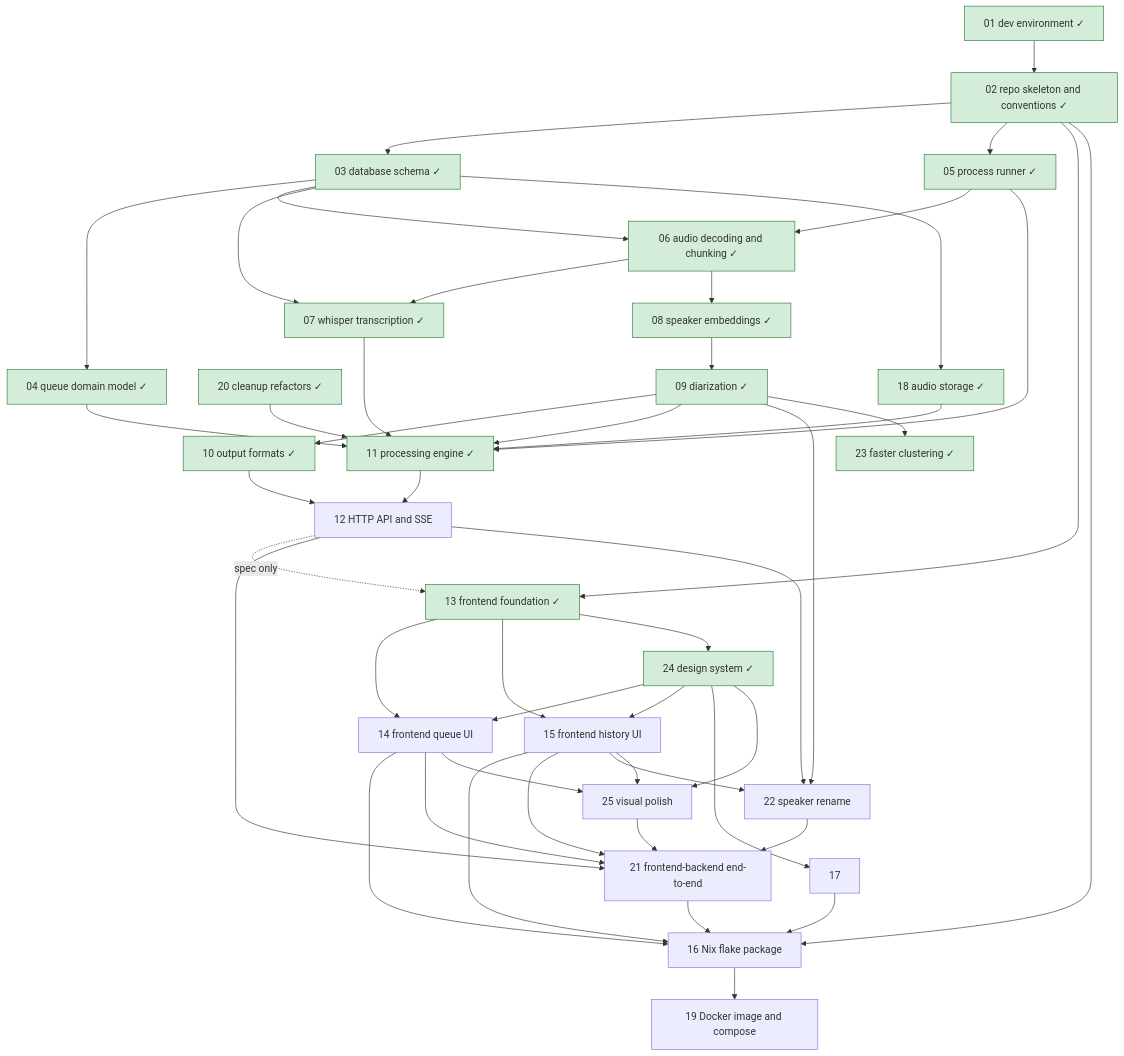
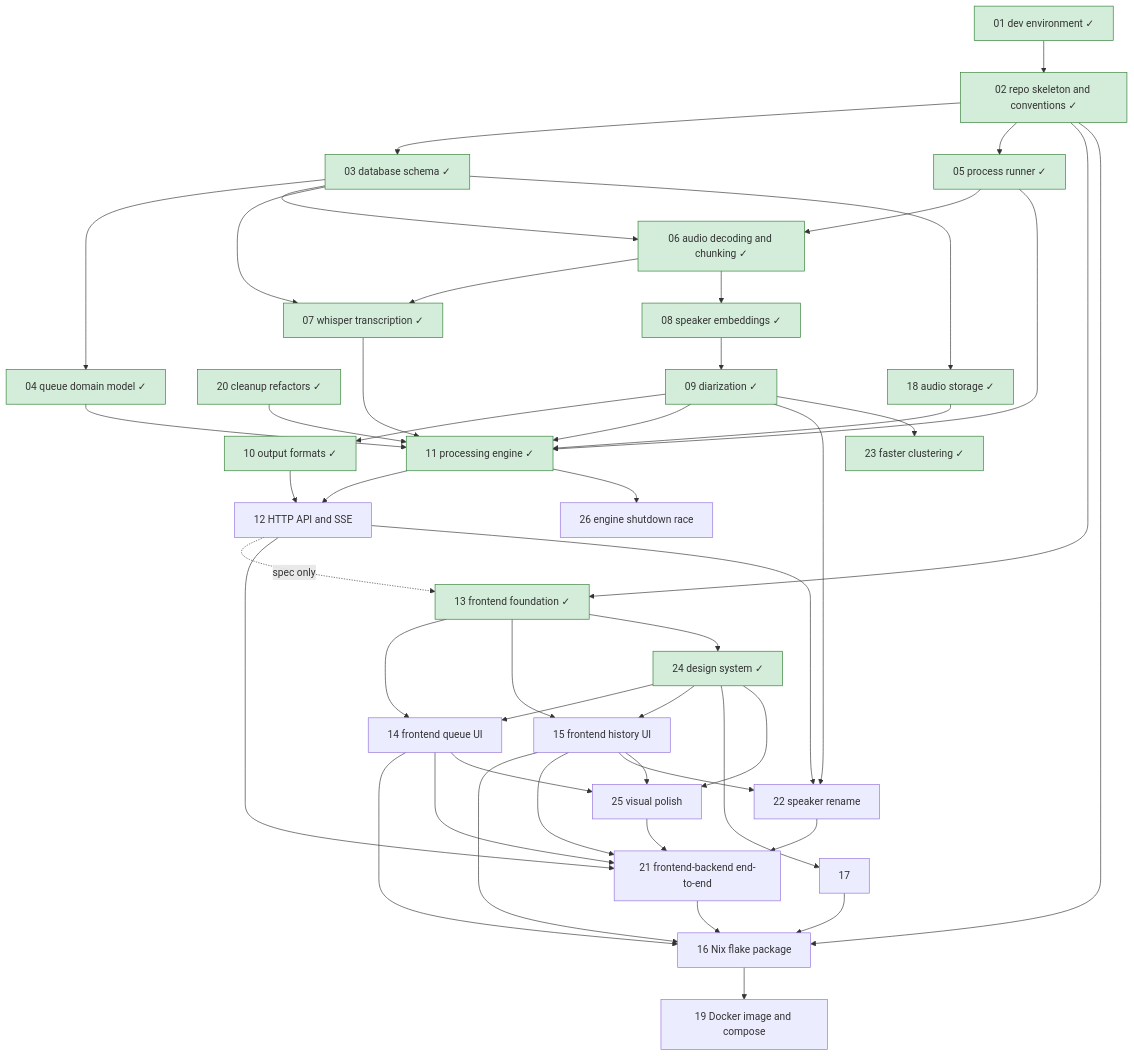
The diagram in roadmap/README.md (lulu-berlin/speech-to-text-app), drawn with Mermaid before and after one commit. The commit also changed other lines of this file and 1 other file, not shown here.

Commit message:
Draft roadmap item 26: engine start/stop race

````diff
--- a/roadmap/README.md
+++ b/roadmap/README.md
@@ -17,51 +17,52 @@
 ```mermaid
 graph TD
   01[01 dev environment ✓]:::done --> 02[02 repo skeleton and conventions ✓]:::done
   02 --> 03[03 database schema ✓]:::done
   03 --> 04[04 queue domain model ✓]:::done
   02 --> 05[05 process runner ✓]:::done
   05 --> 06[06 audio decoding and chunking ✓]:::done
   03 --> 06
   06 --> 07[07 whisper transcription ✓]:::done
   03 --> 07
   06 --> 08[08 speaker embeddings ✓]:::done
   08 --> 09[09 diarization ✓]:::done
   09 --> 10[10 output formats ✓]:::done
   04 --> 11[11 processing engine ✓]:::done
   05 --> 11
   07 --> 11
   09 --> 11
   03 --> 18[18 audio storage ✓]:::done
   18 --> 11
   20 --> 11
   11 --> 12[12 HTTP API and SSE]
   10 --> 12
   02 --> 13[13 frontend foundation ✓]:::done
   12 -. spec only .-> 13
   13 --> 14[14 frontend queue UI]
   13 --> 15[15 frontend history UI]
   02 --> 16[16 Nix flake package]
   14 --> 16
   15 --> 16
   17 --> 16
   20[20 cleanup refactors ✓]:::done
   12 --> 21[21 frontend-backend end-to-end]
   14 --> 21
   15 --> 21
   22 --> 21
   25 --> 21
   16 --> 19[19 Docker image and compose]
   21 --> 16
   09 --> 22[22 speaker rename]
   12 --> 22
   15 --> 22
   09 --> 23[23 faster clustering ✓]:::done
   13 --> 24[24 design system ✓]:::done
   24 --> 14
   24 --> 15
   24 --> 17
   24 --> 25[25 visual polish]
   14 --> 25
   15 --> 25
+  11 --> 26[26 engine shutdown race]
   classDef done fill:#d4edda,stroke:#2e7d32
 ```
````
